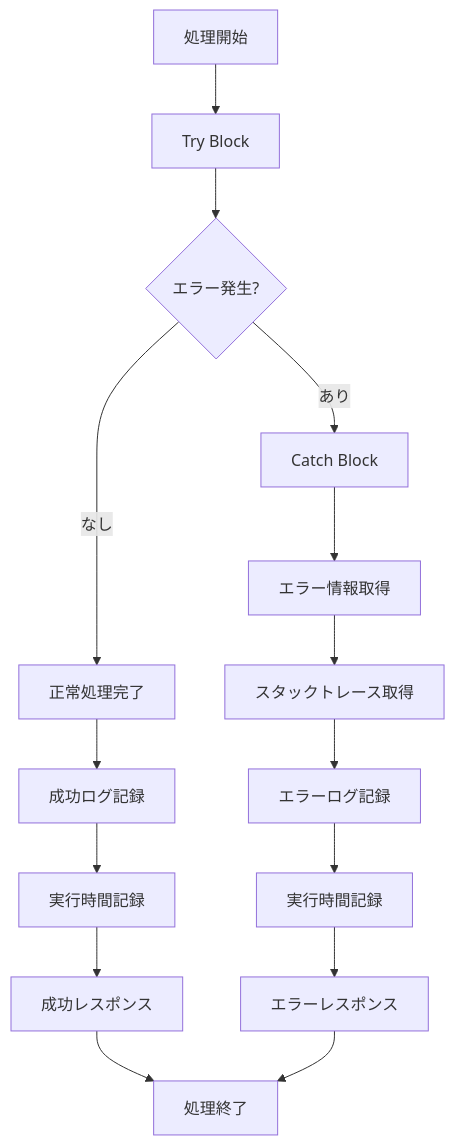
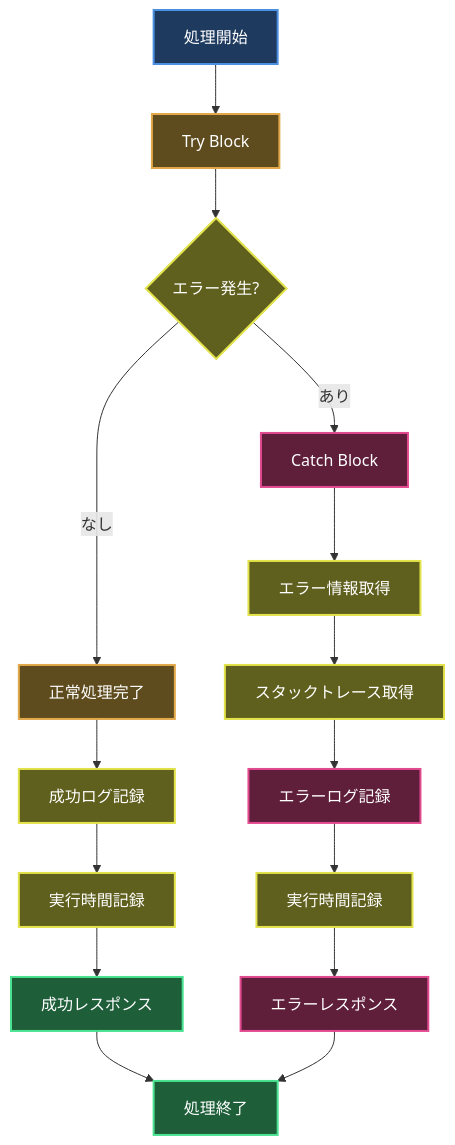
Before and after one commit to tasai-lab/appsheet-gas-automation: the fourth of 8 diagrams in gas_projects/projects/nursing/Appsheet_訪問看護_計画書問題点/FLOW.md, drawn with Mermaid. The commit also changed other lines of this file and 15 other files, not shown here.

First line of the commit message:
docs: FLOW.mdにダークモード対応配色を適用 - 全15プロジェクト完了

````diff
--- a/gas_projects/projects/nursing/Appsheet_訪問看護_計画書問題点/FLOW.md
+++ b/gas_projects/projects/nursing/Appsheet_訪問看護_計画書問題点/FLOW.md
@@ -94,20 +122,35 @@
 ```mermaid
 flowchart TD
     A[処理開始] --> B[Try Block]
     B --> C{エラー発生?}
-    
+
     C -->|なし| D[正常処理完了]
     D --> E[成功ログ記録]
     E --> F[実行時間記録]
     F --> G[成功レスポンス]
-    
+
     C -->|あり| H[Catch Block]
     H --> I[エラー情報取得]
     I --> J[スタックトレース取得]
     J --> K[エラーログ記録]
     K --> L[実行時間記録]
     L --> M[エラーレスポンス]
-    
+
     G --> N[処理終了]
     M --> N
+
+    style A fill:#1e3a5f,stroke:#4a90e2,stroke-width:2px,color:#ffffff
+    style B fill:#5f4c1e,stroke:#e2a84a,stroke-width:2px,color:#ffffff
+    style C fill:#5f5f1e,stroke:#e2e24a,stroke-width:2px,color:#ffffff
+    style D fill:#5f4c1e,stroke:#e2a84a,stroke-width:2px,color:#ffffff
+    style E fill:#5f5f1e,stroke:#e2e24a,stroke-width:2px,color:#ffffff
+    style F fill:#5f5f1e,stroke:#e2e24a,stroke-width:2px,color:#ffffff
+    style G fill:#1e5f3a,stroke:#4ae290,stroke-width:2px,color:#ffffff
+    style H fill:#5f1e3a,stroke:#e24a90,stroke-width:2px,color:#ffffff
+    style I fill:#5f5f1e,stroke:#e2e24a,stroke-width:2px,color:#ffffff
+    style J fill:#5f5f1e,stroke:#e2e24a,stroke-width:2px,color:#ffffff
+    style K fill:#5f1e3a,stroke:#e24a90,stroke-width:2px,color:#ffffff
+    style L fill:#5f5f1e,stroke:#e2e24a,stroke-width:2px,color:#ffffff
+    style M fill:#5f1e3a,stroke:#e24a90,stroke-width:2px,color:#ffffff
+    style N fill:#1e5f3a,stroke:#4ae290,stroke-width:2px,color:#ffffff
 ```
````
